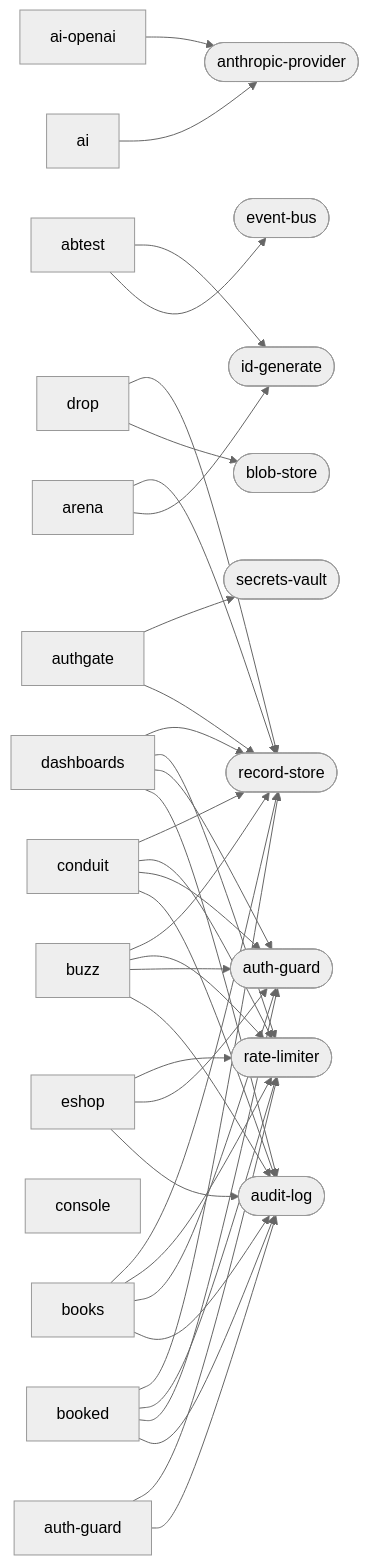
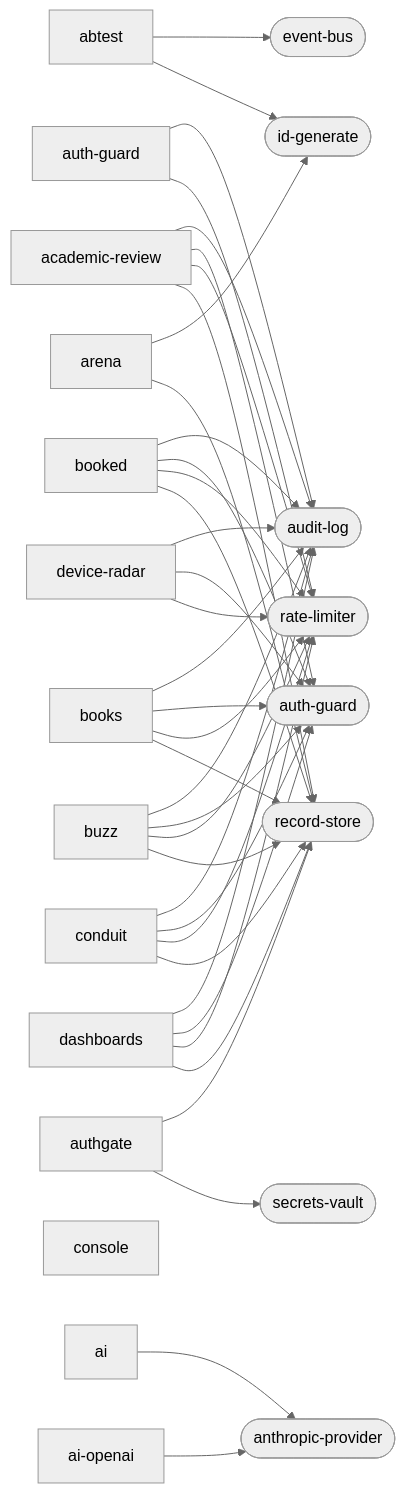
One commit to markkovari/holon changed the second of 2 diagrams in docs/CAPABILITY-GRAPH.md. Above: the diagram before and after it, drawn with Mermaid (neutral theme). The commit also changed other lines of this file and 24 other files, not shown here.

````diff
--- a/docs/CAPABILITY-GRAPH.md
+++ b/docs/CAPABILITY-GRAPH.md
@@ -279,52 +303,54 @@
 ```mermaid
 graph LR
   app_abtest["abtest"]
   app_abtest --> event_bus([event-bus])
   app_abtest --> id_generate([id-generate])
+  app_academic_review["academic-review"]
+  app_academic_review --> audit_log([audit-log])
+  app_academic_review --> auth_guard([auth-guard])
+  app_academic_review --> rate_limiter([rate-limiter])
+  app_academic_review --> record_store([record-store])
   app_ai["ai"]
   app_ai --> anthropic_provider([anthropic-provider])
   app_ai_openai["ai-openai"]
   app_ai_openai --> anthropic_provider([anthropic-provider])
   app_arena["arena"]
   app_arena --> id_generate([id-generate])
   app_arena --> record_store([record-store])
   app_auth_guard["auth-guard"]
   app_auth_guard --> audit_log([audit-log])
   app_auth_guard --> rate_limiter([rate-limiter])
   app_authgate["authgate"]
   app_authgate --> record_store([record-store])
   app_authgate --> secrets_vault([secrets-vault])
   app_booked["booked"]
   app_booked --> audit_log([audit-log])
   app_booked --> auth_guard([auth-guard])
   app_booked --> rate_limiter([rate-limiter])
   app_booked --> record_store([record-store])
   app_books["books"]
   app_books --> audit_log([audit-log])
   app_books --> auth_guard([auth-guard])
   app_books --> rate_limiter([rate-limiter])
   app_books --> record_store([record-store])
   app_buzz["buzz"]
   app_buzz --> audit_log([audit-log])
   app_buzz --> auth_guard([auth-guard])
   app_buzz --> rate_limiter([rate-limiter])
   app_buzz --> record_store([record-store])
   app_conduit["conduit"]
   app_conduit --> audit_log([audit-log])
   app_conduit --> auth_guard([auth-guard])
   app_conduit --> rate_limiter([rate-limiter])
   app_conduit --> record_store([record-store])
   app_console["console"]
   app_dashboards["dashboards"]
   app_dashboards --> audit_log([audit-log])
   app_dashboards --> auth_guard([auth-guard])
   app_dashboards --> rate_limiter([rate-limiter])
   app_dashboards --> record_store([record-store])
-  app_drop["drop"]
-  app_drop --> blob_store([blob-store])
-  app_drop --> record_store([record-store])
-  app_eshop["eshop"]
-  app_eshop --> audit_log([audit-log])
-  app_eshop --> auth_guard([auth-guard])
-  app_eshop --> rate_limiter([rate-limiter])
+  app_device_radar["device-radar"]
+  app_device_radar --> audit_log([audit-log])
+  app_device_radar --> auth_guard([auth-guard])
+  app_device_radar --> rate_limiter([rate-limiter])
 ```
````
